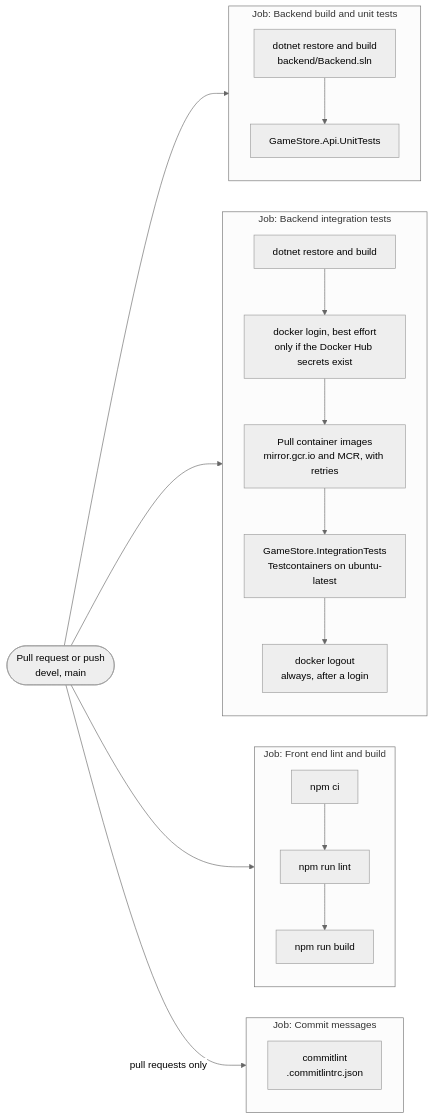
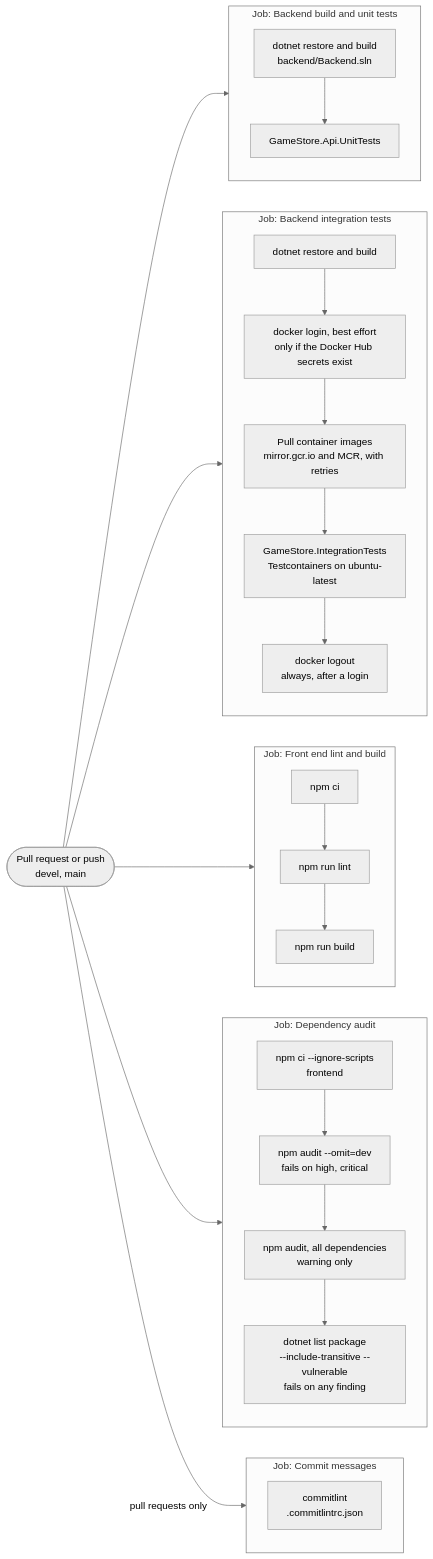
Diagram 11 of 13 in docs/architecture.md (Axeloooo/GameStore), drawn with Mermaid (neutral theme) before and after one commit. The commit also changed other lines of this file and 4 other files, not shown here.

Commit message:
ci: Added a dependency audit job and kept security fixes flowing through Dependabot

````diff
--- a/docs/architecture.md
+++ b/docs/architecture.md
@@ -407,26 +407,33 @@
 ```mermaid
 flowchart LR
     trigger(["Pull request or push<br/>devel, main"]) --> backend
     trigger --> integration
     trigger --> frontend
+    trigger --> audit
     trigger -->|"pull requests only"| commits
 
     subgraph backend["Job: Backend build and unit tests"]
         b1["dotnet restore and build<br/>backend/Backend.sln"] --> b2["GameStore.Api.UnitTests"]
     end
 
     subgraph integration["Job: Backend integration tests"]
         i1["dotnet restore and build"] --> i0["docker login, best effort<br/>only if the Docker Hub secrets exist"]
         i0 --> ip["Pull container images<br/>mirror.gcr.io and MCR, with retries"]
         ip --> i2["GameStore.IntegrationTests<br/>Testcontainers on ubuntu-latest"]
         i2 --> i3["docker logout<br/>always, after a login"]
     end
 
     subgraph frontend["Job: Front end lint and build"]
         f1["npm ci"] --> f2["npm run lint"] --> f3["npm run build"]
     end
 
+    subgraph audit["Job: Dependency audit"]
+        a1["npm ci --ignore-scripts<br/>frontend"] --> a2["npm audit --omit=dev<br/>fails on high, critical"]
+        a2 --> a3["npm audit, all dependencies<br/>warning only"]
+        a3 --> a4["dotnet list package<br/>--include-transitive --vulnerable<br/>fails on any finding"]
+    end
+
     subgraph commits["Job: Commit messages"]
         c1["commitlint<br/>.commitlintrc.json"]
     end
 ```
````
